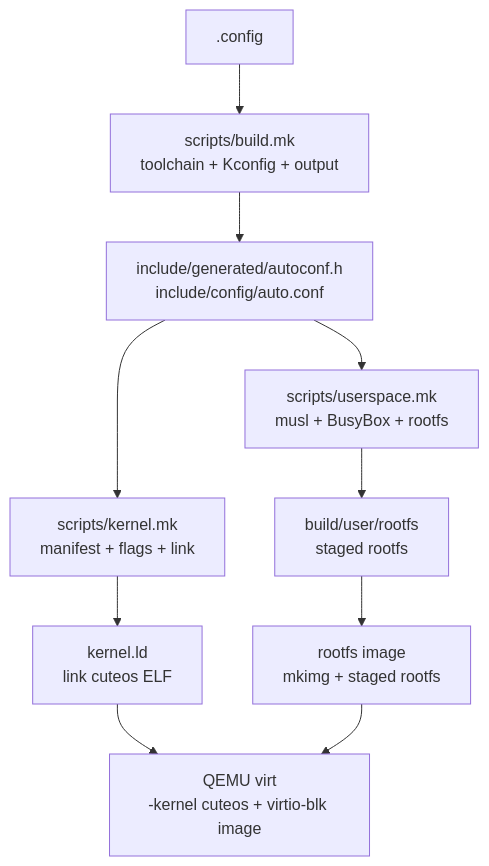
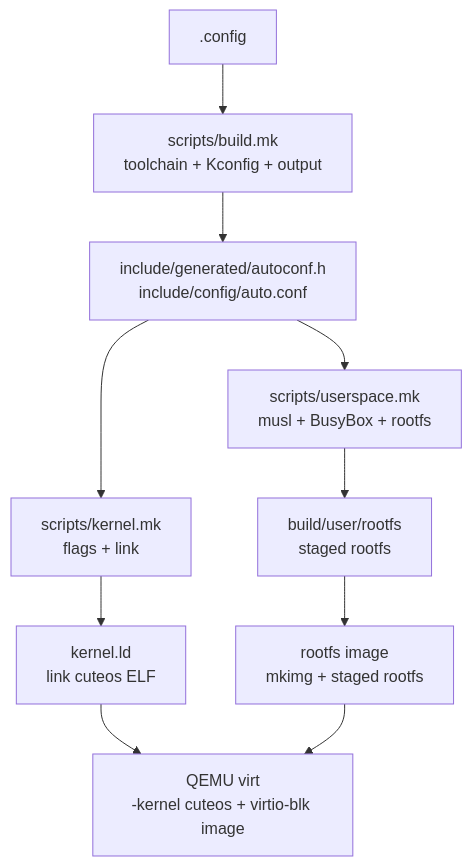
Before and after one commit to pillow-zx/CuteOS: the first of 2 diagrams in docs/architecture/compile.md, drawn with Mermaid. The commit also changed other lines of this file and 19 other files, not shown here.

````diff
--- a/docs/architecture/compile.md
+++ b/docs/architecture/compile.md
@@ -9,20 +9,20 @@
 ```mermaid
 flowchart TD
     Config[".config"]
     Build["scripts/build.mk<br/>toolchain + Kconfig + output"]
     Auto["include/generated/autoconf.h<br/>include/config/auto.conf"]
-    Kernel["scripts/kernel.mk<br/>manifest + flags + link"]
+    Kernel["scripts/kernel.mk<br/>flags + link"]
     User["scripts/userspace.mk<br/>musl + BusyBox + rootfs"]
     Rootfs["build/user/rootfs<br/>staged rootfs"]
     Link["kernel.ld<br/>link cuteos ELF"]
     Image["rootfs image<br/>mkimg + staged rootfs"]
     Qemu["QEMU virt<br/>-kernel cuteos + virtio-blk image"]
 
     Config --> Build --> Auto
     Auto --> Kernel
     Auto --> User
     Kernel --> Link
     User --> Rootfs --> Image
     Link --> Qemu
     Image --> Qemu
 ```
````
